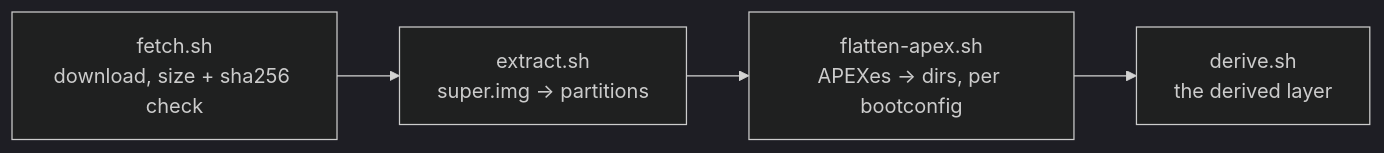
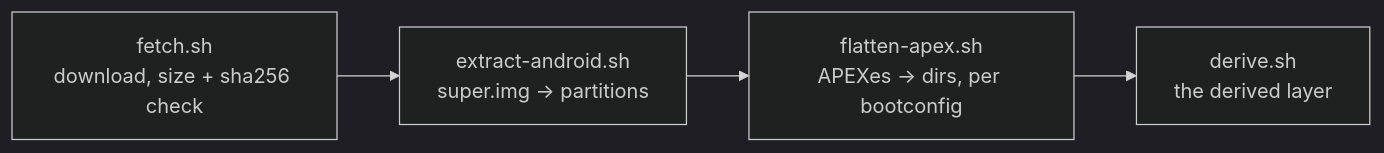
One commit to sargunv/innkeeper changed the diagram in image/README.md. Above: the diagram before and after it, drawn with Mermaid (dark theme). The commit also changed other lines of this file and 20 other files, not shown here.

First line of the commit message:
image: one fetcher and pin schema for both guests

````diff
--- a/image/README.md
+++ b/image/README.md
@@ -13,6 +15,6 @@
 ```mermaid
 flowchart LR
-  fetch["fetch.sh<br/>download, size + sha256 check"] --> extract["extract.sh<br/>super.img → partitions"]
+  fetch["fetch.sh<br/>download, size + sha256 check"] --> extract["extract-android.sh<br/>super.img → partitions"]
   extract --> flatten["flatten-apex.sh<br/>APEXes → dirs, per bootconfig"]
   flatten --> derive["derive.sh<br/>the derived layer"]
 ```
````
